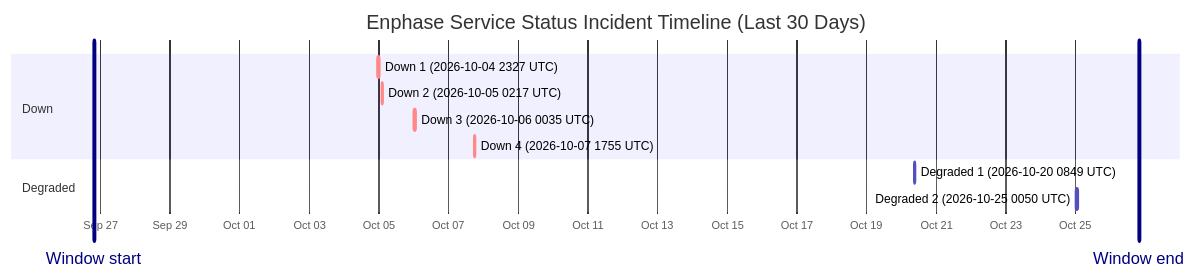
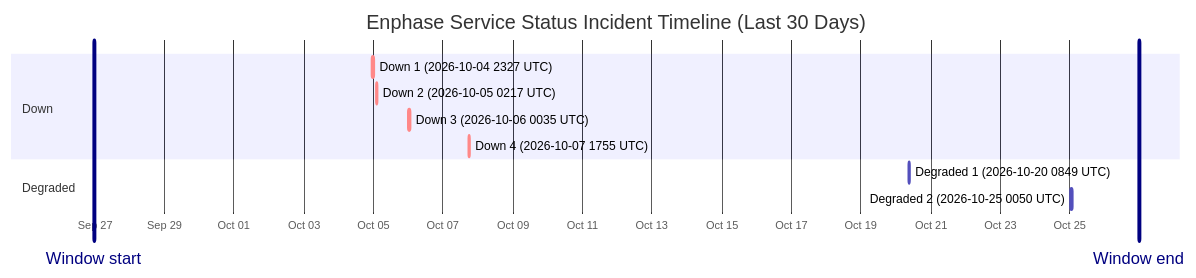
One commit to barneyonline/ha-enphase-energy changed the diagram in wiki/Service-Status-History.md. Above: the diagram before and after it, drawn with Mermaid. The commit also changed other lines of this file and 3 other files, not shown here.

````diff
--- a/wiki/Service-Status-History.md
+++ b/wiki/Service-Status-History.md
@@ -14,16 +14,16 @@
 ```mermaid
 gantt
     title Enphase Service Status Incident Timeline (Last 30 Days)
     dateFormat  YYYY-MM-DDTHH:mm:ss
     axisFormat  %b %d
-    Window start :vert, window-start, 2026-09-26T19:44:26, 0ms
-    Window end :vert, window-end, 2026-10-26T19:44:26, 0ms
+    Window start :vert, window-start, 2026-09-26T23:34:22, 0ms
+    Window end :vert, window-end, 2026-10-26T23:34:22, 0ms
     section Down
     Down 1 (2026-10-04 2327 UTC) :crit, down-1, 2026-10-04T23:27:34, 60m
     Down 2 (2026-10-05 0217 UTC) :crit, down-2, 2026-10-05T02:17:30, 60m
     Down 3 (2026-10-06 0035 UTC) :crit, down-3, 2026-10-06T00:35:21, 60m
     Down 4 (2026-10-07 1755 UTC) :crit, down-4, 2026-10-07T17:55:16, 60m
     section Degraded
     Degraded 1 (2026-10-20 0849 UTC) :active, degraded-1, 2026-10-20T08:49:49, 60m
     Degraded 2 (2026-10-25 0050 UTC) :active, degraded-2, 2026-10-25T00:50:01, 60m
 ```
````
